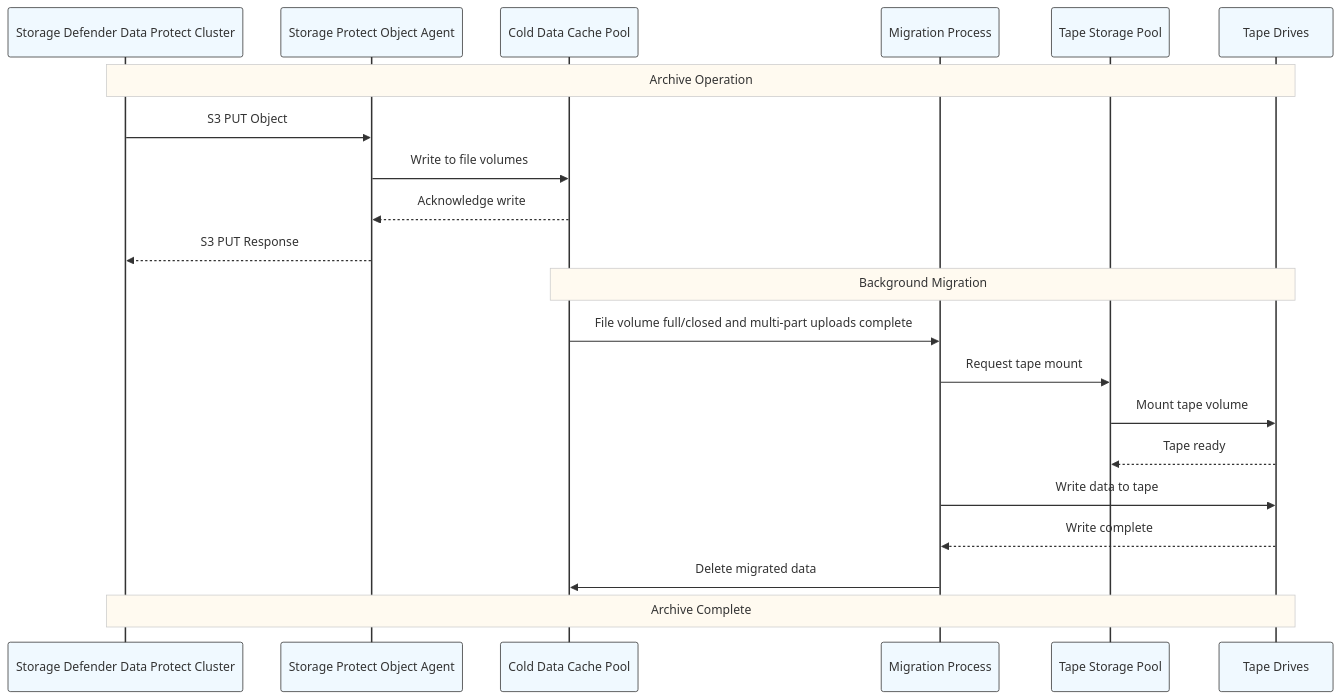
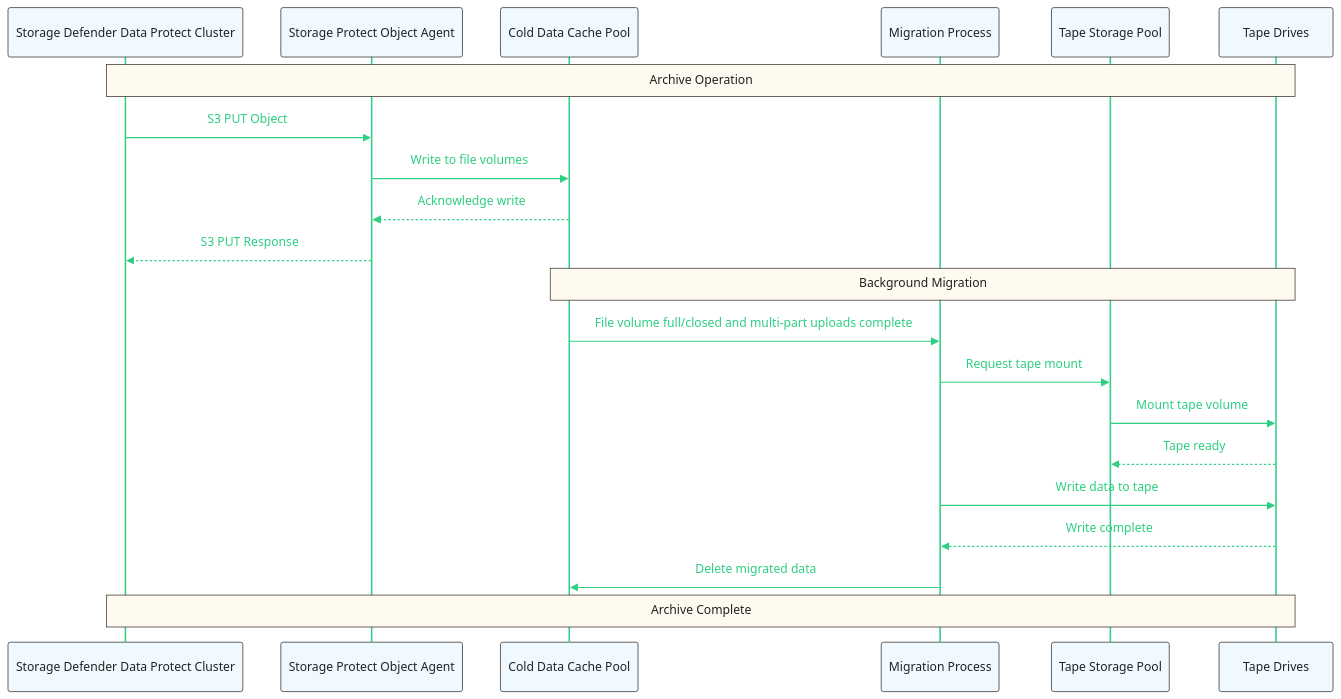
The sixth of 17 diagrams in blueprint/integrations/data-protect/defender-data-protect-with-storage-protect-tape-integration.md (TarSemaj/storage-protect-galaxy), drawn with Mermaid before and after one commit. The commit also changed other lines of this file, not shown here.

````diff
--- a/blueprint/integrations/data-protect/defender-data-protect-with-storage-protect-tape-integration.md
+++ b/blueprint/integrations/data-protect/defender-data-protect-with-storage-protect-tape-integration.md
@@ -483,27 +515,58 @@
 ```mermaid
-%%{init: {'theme':'base', 'themeVariables': {'fontSize':'13px', 'fontFamily':'arial', 'background':'white', 'primaryBackground':'white', 'mainBkg':'white', 'nodeBorder':'#333333', 'edgeLabelBackground':'white', 'primaryTextColor':'#333333', 'lineColor':'#333333', 'actorBkg':'#f0f9ff', 'actorBorder':'#333333', 'actorTextColor':'#333333', 'actorLineColor':'#333333', 'noteBkgColor':'#fffaf0', 'noteBorderColor':'#cccccc', 'signalColor':'#333333', 'signalTextColor':'#333333'}}}%%
+%%{init: {
+  'theme': 'base',
+  'themeVariables': {
+    'fontSize': '13px',
+    'fontFamily': 'arial',
+
+    'background': '#ffffff',
+    'primaryBackground': '#ffffff',
+    'mainBkg': '#ffffff',
+
+    'primaryTextColor': '#2ece83',
+    'secondaryTextColor': '#2ece83',
+    'tertiaryTextColor': '#2ece83',
+    'textColor': '#2ece83',
+
+    'lineColor': '#2ece83',
+    'signalColor': '#2ece83',
+    'signalTextColor': '#2ece83',
+
+    'actorBkg': '#f0f9ff',
+    'actorBorder': '#333333',
+    'actorTextColor': '#222222',
+    'actorLineColor': '#2ece83',
+
+    'noteBkgColor': '#fffaf0',
+    'noteBorderColor': '#3e3636',
+    'noteTextColor': '#222222',
+
+    'labelColor': '#222222',
+    'edgeLabelBackground': '#ffffff'
+  }
+}}%%
 sequenceDiagram
     participant DP as Storage Defender Data Protect Cluster
     participant OA as Storage Protect Object Agent
     participant CC as Cold Data Cache Pool
     participant MP as Migration Process
     participant TP as Tape Storage Pool
     participant TD as Tape Drives
     
     Note over DP,TD: Archive Operation
     DP->>OA: S3 PUT Object
     OA->>CC: Write to file volumes
     CC-->>OA: Acknowledge write
     OA-->>DP: S3 PUT Response
     
     Note over CC,TD: Background Migration
     CC->>MP: File volume full/closed and multi-part uploads complete
     MP->>TP: Request tape mount
     TP->>TD: Mount tape volume
     TD-->>TP: Tape ready
     MP->>TD: Write data to tape
     TD-->>MP: Write complete
     MP->>CC: Delete migrated data
     
     Note over DP,TD: Archive Complete
 ```
````
